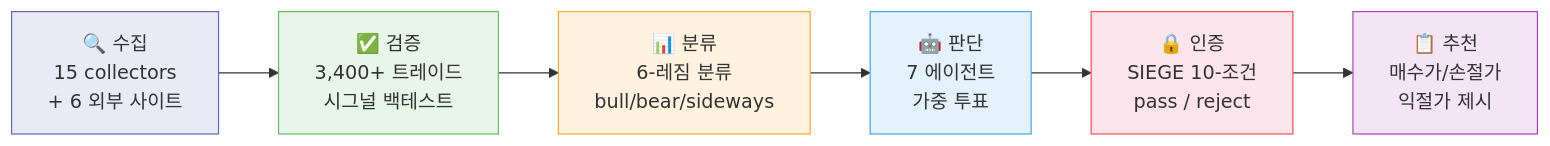
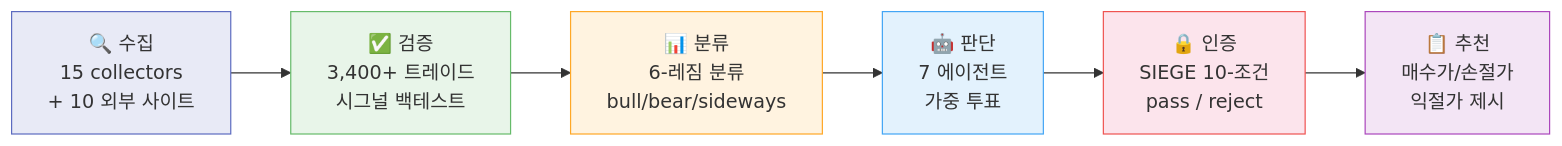
One commit to researcherhojin/nuri-quant changed the diagram in README.md. Above: the diagram before and after it, drawn with Mermaid. The commit also changed other lines of this file, not shown here.

Commit message:
docs: README — fix external sites 6→10 in mermaid + description

````diff
--- a/README.md
+++ b/README.md
@@ -22,15 +22,15 @@
 ```mermaid
 graph LR
-    A["🔍 수집<br/>15 collectors<br/>+ 6 외부 사이트"] --> B["✅ 검증<br/>3,400+ 트레이드<br/>시그널 백테스트"]
+    A["🔍 수집<br/>15 collectors<br/>+ 10 외부 사이트"] --> B["✅ 검증<br/>3,400+ 트레이드<br/>시그널 백테스트"]
     B --> C["📊 분류<br/>6-레짐 분류<br/>bull/bear/sideways"]
     C --> D["🤖 판단<br/>7 에이전트<br/>가중 투표"]
     D --> E["🔒 인증<br/>SIEGE 10-조건<br/>pass / reject"]
     E --> F["📋 추천<br/>매수가/손절가<br/>익절가 제시"]
 
     style A fill:#e8eaf6,stroke:#5c6bc0
     style B fill:#e8f5e9,stroke:#66bb6a
     style C fill:#fff3e0,stroke:#ffa726
     style D fill:#e3f2fd,stroke:#42a5f5
     style E fill:#fce4ec,stroke:#ef5350
     style F fill:#f3e5f5,stroke:#ab47bc
 ```
````
